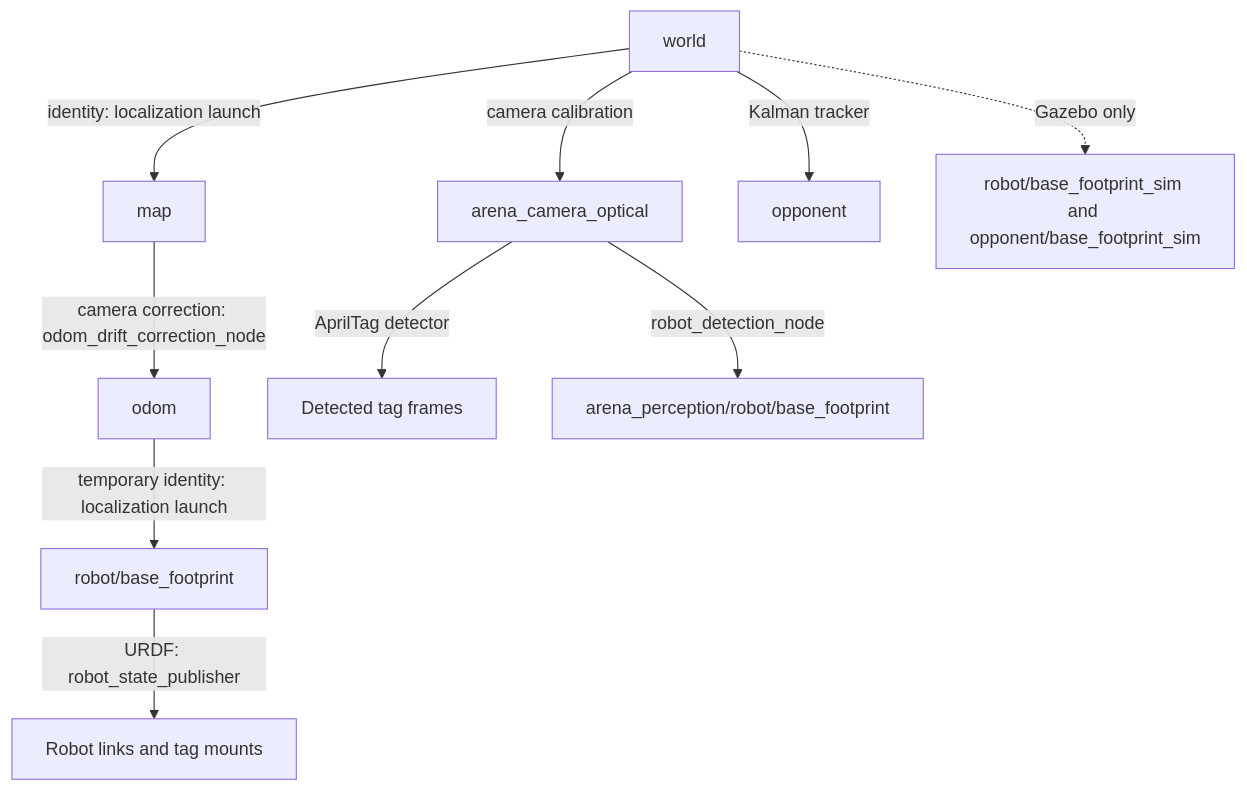
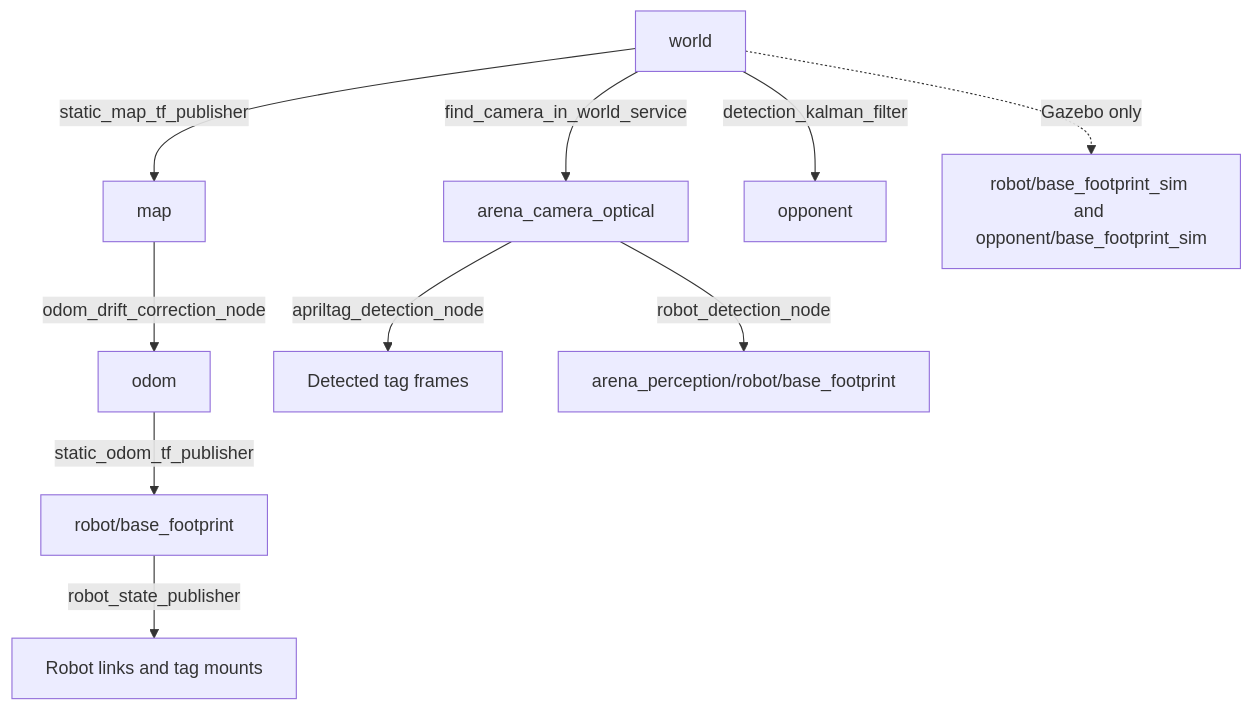
Before and after one commit to eubotx/robofetz_as: the second of 2 diagrams in docs/architecture.md, drawn with Mermaid. The commit also changed other lines of this file and 22 other files, not shown here.

````diff
--- a/docs/architecture.md
+++ b/docs/architecture.md
@@ -45,12 +62,12 @@
 ```mermaid
 flowchart TD
-    World["world"] -->|identity: localization launch| Map["map"]
-    Map -->|camera correction: odom_drift_correction_node| Odom["odom"]
-    Odom -->|temporary identity: localization launch| Base["robot/base_footprint"]
-    Base -->|URDF: robot_state_publisher| Links["Robot links and tag mounts"]
-    World -->|camera calibration| Camera["arena_camera_optical"]
-    Camera -->|AprilTag detector| Tags["Detected tag frames"]
+    World["world"] -->|static_map_tf_publisher| Map["map"]
+    Map -->|odom_drift_correction_node| Odom["odom"]
+    Odom -->|static_odom_tf_publisher| Base["robot/base_footprint"]
+    Base -->|robot_state_publisher| Links["Robot links and tag mounts"]
+    World -->|find_camera_in_world_service| Camera["arena_camera_optical"]
+    Camera -->|apriltag_detection_node| Tags["Detected tag frames"]
     Camera -->|robot_detection_node| Detected["arena_perception/robot/base_footprint"]
-    World -->|Kalman tracker| Opponent["opponent"]
+    World -->|detection_kalman_filter| Opponent["opponent"]
     World -. "Gazebo only" .-> GroundTruth["robot/base_footprint_sim and opponent/base_footprint_sim"]
 ```
````
